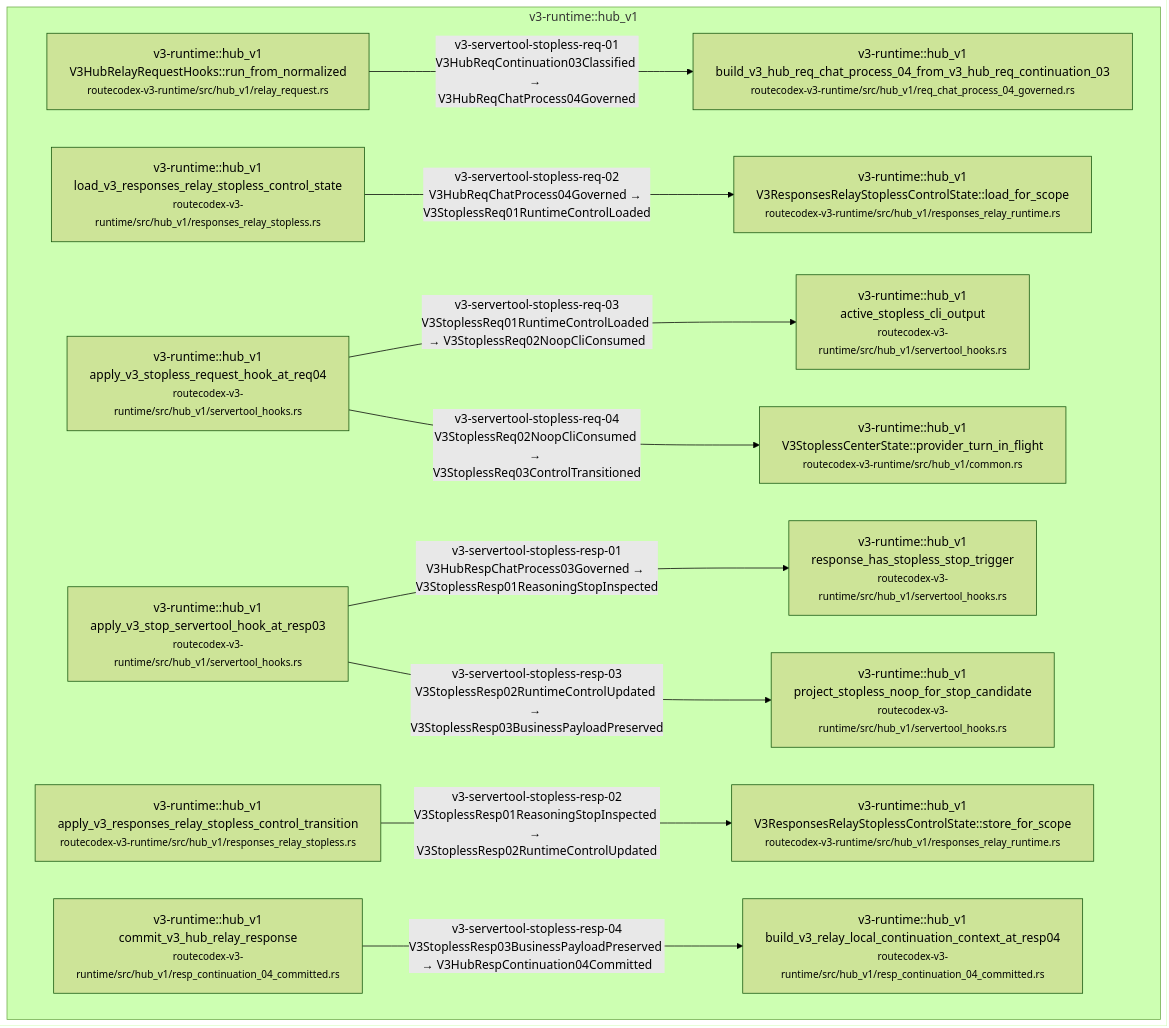
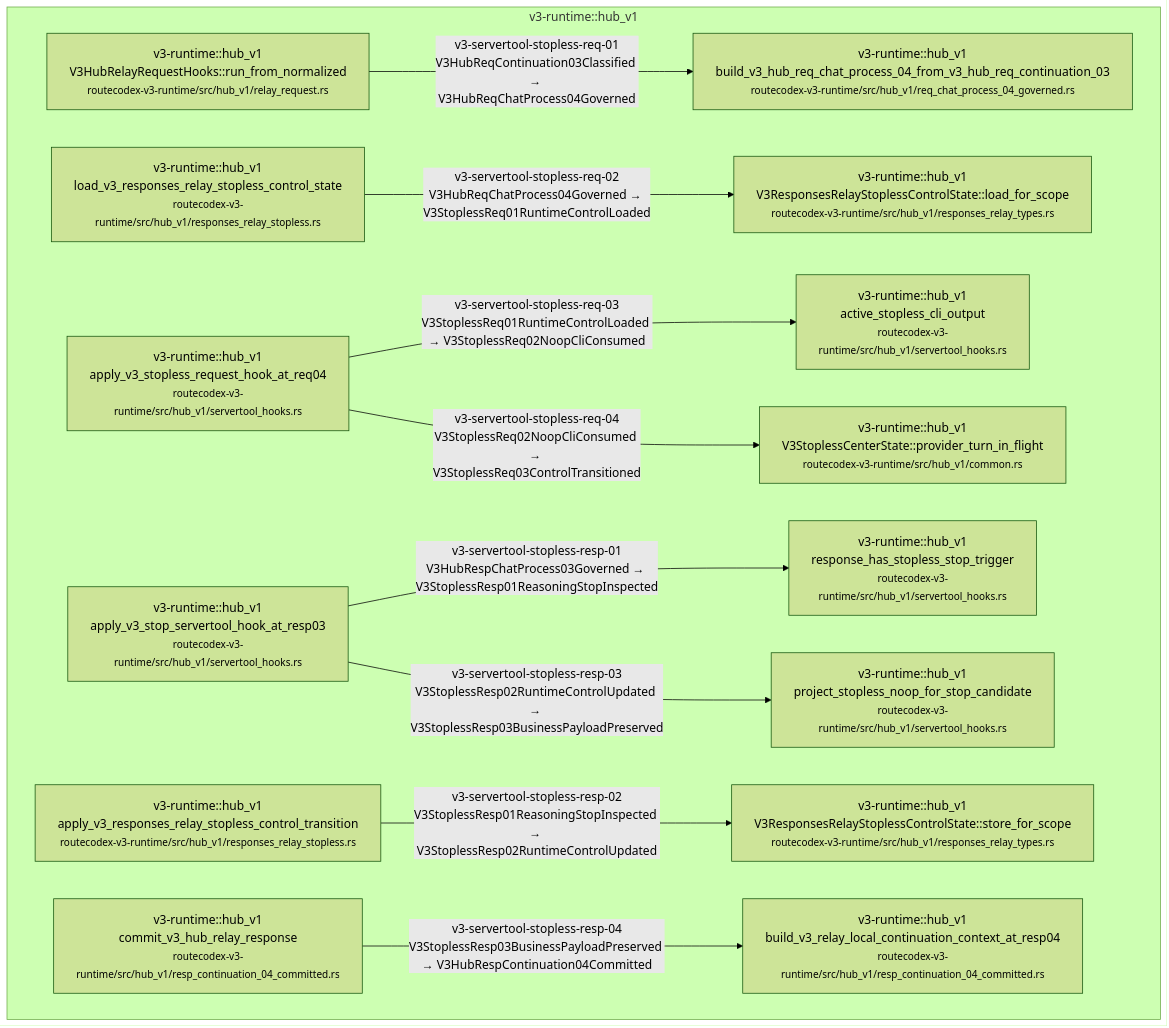
Before and after one commit to Jasonzhangf/routecodex: diagram 39 of 58 in docs/architecture/wiki/v3-mainline-caller-flow.md, drawn with Mermaid (forest theme). The commit also changed other lines of this file and 22 other files, not shown here.

First line of the commit message:
refactor(v3): responses relay main loop + lifecycle 拆分到 ≤1500 行

````diff
--- a/docs/architecture/wiki/v3-mainline-caller-flow.md
+++ b/docs/architecture/wiki/v3-mainline-caller-flow.md
@@ -1574,27 +1574,27 @@
 ```mermaid
 flowchart TD
   subgraph c_37_v3_servertool_hook_skeleton_lifecycle_m_v3_runtime__hub_v1["v3-runtime::hub_v1"]
     c_37_v3_servertool_hook_skeleton_lifecycle_0["v3-runtime::hub_v1<br/>V3HubRelayRequestHooks::run_from_normalized<br/><small>routecodex-v3-runtime/src/hub_v1/relay_request.rs</small>"]
     c_37_v3_servertool_hook_skeleton_lifecycle_1["v3-runtime::hub_v1<br/>build_v3_hub_req_chat_process_04_from_v3_hub_req_continuation_03<br/><small>routecodex-v3-runtime/src/hub_v1/req_chat_process_04_governed.rs</small>"]
     c_37_v3_servertool_hook_skeleton_lifecycle_2["v3-runtime::hub_v1<br/>load_v3_responses_relay_stopless_control_state<br/><small>routecodex-v3-runtime/src/hub_v1/responses_relay_stopless.rs</small>"]
-    c_37_v3_servertool_hook_skeleton_lifecycle_3["v3-runtime::hub_v1<br/>V3ResponsesRelayStoplessControlState::load_for_scope<br/><small>routecodex-v3-runtime/src/hub_v1/responses_relay_runtime.rs</small>"]
+    c_37_v3_servertool_hook_skeleton_lifecycle_3["v3-runtime::hub_v1<br/>V3ResponsesRelayStoplessControlState::load_for_scope<br/><small>routecodex-v3-runtime/src/hub_v1/responses_relay_types.rs</small>"]
     c_37_v3_servertool_hook_skeleton_lifecycle_4["v3-runtime::hub_v1<br/>apply_v3_stopless_request_hook_at_req04<br/><small>routecodex-v3-runtime/src/hub_v1/servertool_hooks.rs</small>"]
     c_37_v3_servertool_hook_skeleton_lifecycle_5["v3-runtime::hub_v1<br/>active_stopless_cli_output<br/><small>routecodex-v3-runtime/src/hub_v1/servertool_hooks.rs</small>"]
     c_37_v3_servertool_hook_skeleton_lifecycle_6["v3-runtime::hub_v1<br/>V3StoplessCenterState::provider_turn_in_flight<br/><small>routecodex-v3-runtime/src/hub_v1/common.rs</small>"]
     c_37_v3_servertool_hook_skeleton_lifecycle_7["v3-runtime::hub_v1<br/>apply_v3_stop_servertool_hook_at_resp03<br/><small>routecodex-v3-runtime/src/hub_v1/servertool_hooks.rs</small>"]
     c_37_v3_servertool_hook_skeleton_lifecycle_8["v3-runtime::hub_v1<br/>response_has_stopless_stop_trigger<br/><small>routecodex-v3-runtime/src/hub_v1/servertool_hooks.rs</small>"]
     c_37_v3_servertool_hook_skeleton_lifecycle_9["v3-runtime::hub_v1<br/>apply_v3_responses_relay_stopless_control_transition<br/><small>routecodex-v3-runtime/src/hub_v1/responses_relay_stopless.rs</small>"]
-    c_37_v3_servertool_hook_skeleton_lifecycle_10["v3-runtime::hub_v1<br/>V3ResponsesRelayStoplessControlState::store_for_scope<br/><small>routecodex-v3-runtime/src/hub_v1/responses_relay_runtime.rs</small>"]
+    c_37_v3_servertool_hook_skeleton_lifecycle_10["v3-runtime::hub_v1<br/>V3ResponsesRelayStoplessControlState::store_for_scope<br/><small>routecodex-v3-runtime/src/hub_v1/responses_relay_types.rs</small>"]
     c_37_v3_servertool_hook_skeleton_lifecycle_11["v3-runtime::hub_v1<br/>project_stopless_noop_for_stop_candidate<br/><small>routecodex-v3-runtime/src/hub_v1/servertool_hooks.rs</small>"]
     c_37_v3_servertool_hook_skeleton_lifecycle_12["v3-runtime::hub_v1<br/>commit_v3_hub_relay_response<br/><small>routecodex-v3-runtime/src/hub_v1/resp_continuation_04_committed.rs</small>"]
     c_37_v3_servertool_hook_skeleton_lifecycle_13["v3-runtime::hub_v1<br/>build_v3_relay_local_continuation_context_at_resp04<br/><small>routecodex-v3-runtime/src/hub_v1/resp_continuation_04_committed.rs</small>"]
   end
   c_37_v3_servertool_hook_skeleton_lifecycle_0 -->|v3-servertool-stopless-req-01<br/>V3HubReqContinuation03Classified → V3HubReqChatProcess04Governed| c_37_v3_servertool_hook_skeleton_lifecycle_1
   c_37_v3_servertool_hook_skeleton_lifecycle_2 -->|v3-servertool-stopless-req-02<br/>V3HubReqChatProcess04Governed → V3StoplessReq01RuntimeControlLoaded| c_37_v3_servertool_hook_skeleton_lifecycle_3
   c_37_v3_servertool_hook_skeleton_lifecycle_4 -->|v3-servertool-stopless-req-03<br/>V3StoplessReq01RuntimeControlLoaded → V3StoplessReq02NoopCliConsumed| c_37_v3_servertool_hook_skeleton_lifecycle_5
   c_37_v3_servertool_hook_skeleton_lifecycle_4 -->|v3-servertool-stopless-req-04<br/>V3StoplessReq02NoopCliConsumed → V3StoplessReq03ControlTransitioned| c_37_v3_servertool_hook_skeleton_lifecycle_6
   c_37_v3_servertool_hook_skeleton_lifecycle_7 -->|v3-servertool-stopless-resp-01<br/>V3HubRespChatProcess03Governed → V3StoplessResp01ReasoningStopInspected| c_37_v3_servertool_hook_skeleton_lifecycle_8
   c_37_v3_servertool_hook_skeleton_lifecycle_9 -->|v3-servertool-stopless-resp-02<br/>V3StoplessResp01ReasoningStopInspected → V3StoplessResp02RuntimeControlUpdated| c_37_v3_servertool_hook_skeleton_lifecycle_10
   c_37_v3_servertool_hook_skeleton_lifecycle_7 -->|v3-servertool-stopless-resp-03<br/>V3StoplessResp02RuntimeControlUpdated → V3StoplessResp03BusinessPayloadPreserved| c_37_v3_servertool_hook_skeleton_lifecycle_11
   c_37_v3_servertool_hook_skeleton_lifecycle_12 -->|v3-servertool-stopless-resp-04<br/>V3StoplessResp03BusinessPayloadPreserved → V3HubRespContinuation04Committed| c_37_v3_servertool_hook_skeleton_lifecycle_13
 ```
````
